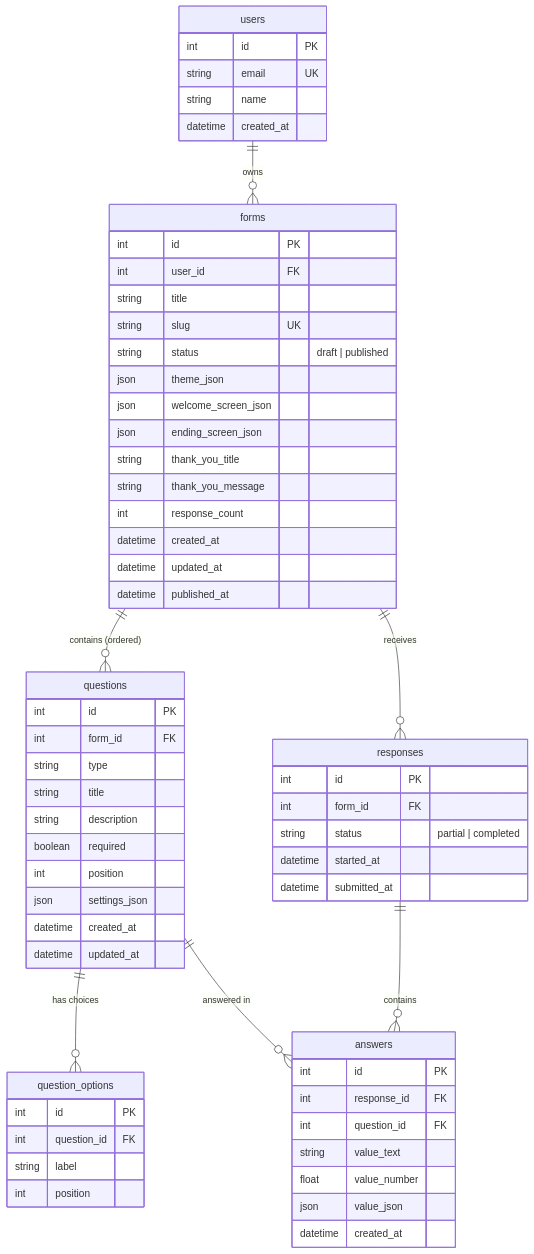
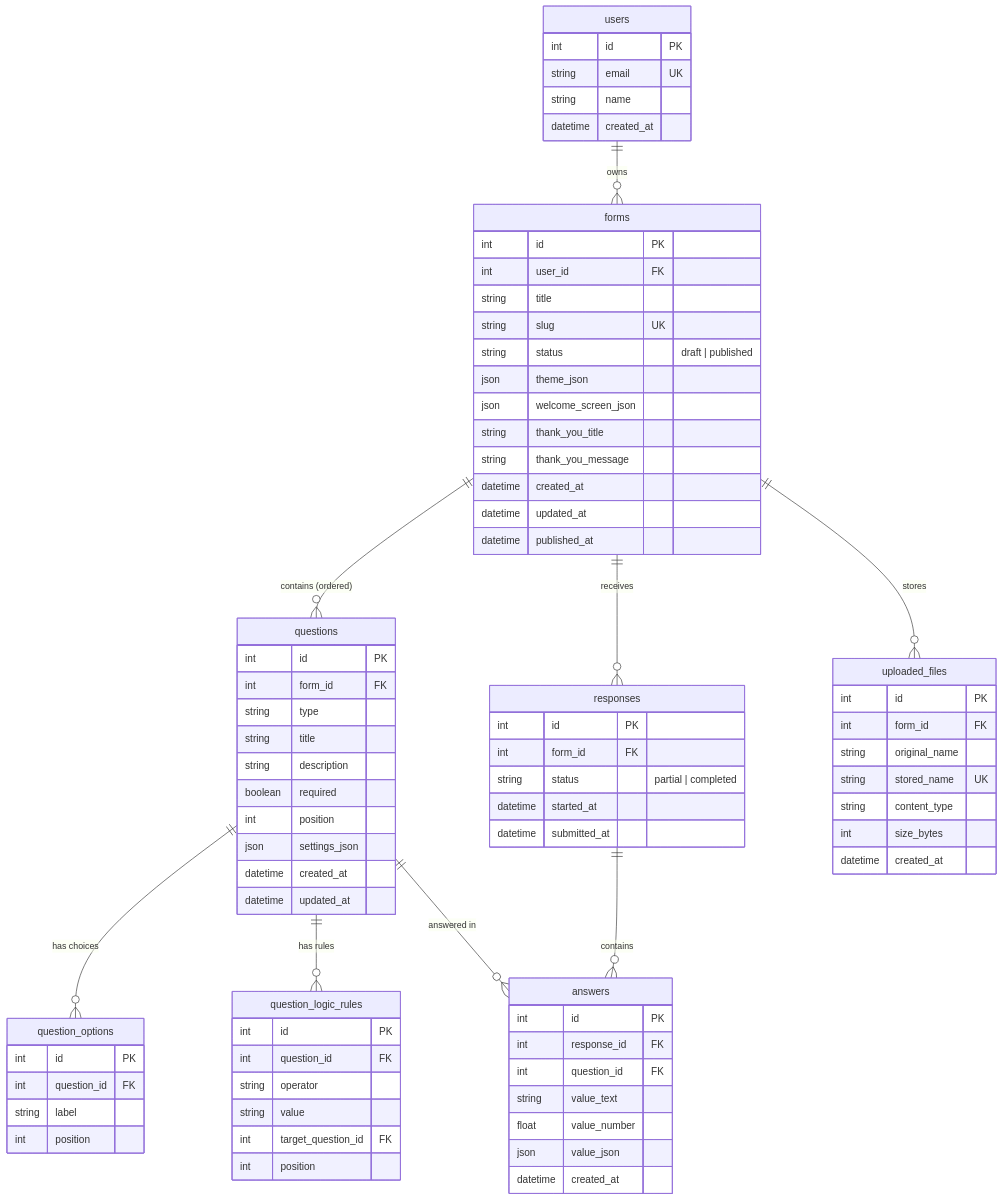
The diagram in README.md (yashraj-shishodia/Formly), drawn with Mermaid before and after one commit. The commit also changed other lines of this file and 1 other file, not shown here.

Commit message:
Update README with verified system architecture, seed metrics, and accurate API reference

```diff
--- a/README.md
+++ b/README.md
@@ -39,7 +39,9 @@
     users ||--o{ forms : "owns"
     forms ||--o{ questions : "contains (ordered)"
     forms ||--o{ responses : "receives"
+    forms ||--o{ uploaded_files : "stores"
     questions ||--o{ question_options : "has choices"
+    questions ||--o{ question_logic_rules : "has rules"
     questions ||--o{ answers : "answered in"
     responses ||--o{ answers : "contains"
 
@@ -58,10 +60,8 @@
         string status "draft | published"
         json theme_json
         json welcome_screen_json
-        json ending_screen_json
         string thank_you_title
         string thank_you_message
-        int response_count
         datetime created_at
         datetime updated_at
         datetime published_at
@@ -87,6 +87,25 @@
         int position
     }
 
+    question_logic_rules {
+        int id PK
+        int question_id FK
+        string operator
+        string value
+        int target_question_id FK
+        int position
+    }
+
+    uploaded_files {
+        int id PK
+        int form_id FK
+        string original_name
+        string stored_name UK
+        string content_type
+        int size_bytes
+        datetime created_at
+    }
+
     responses {
         int id PK
         int form_id FK
```
